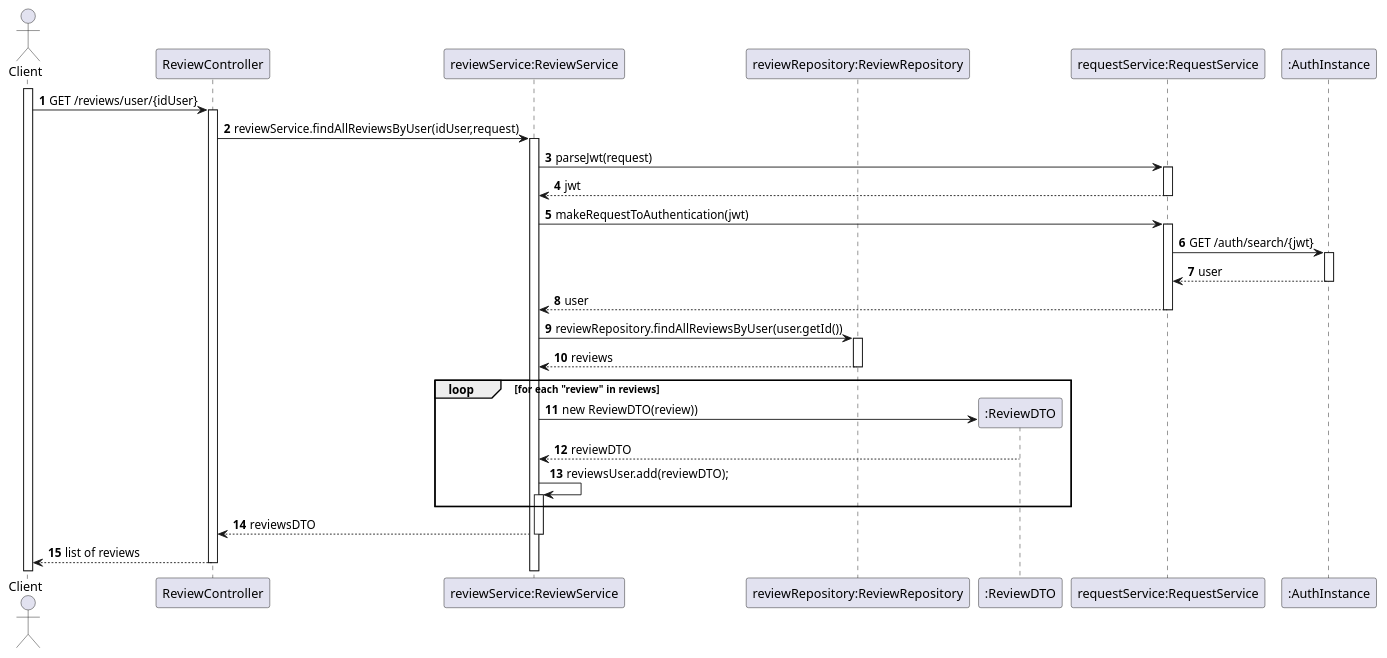
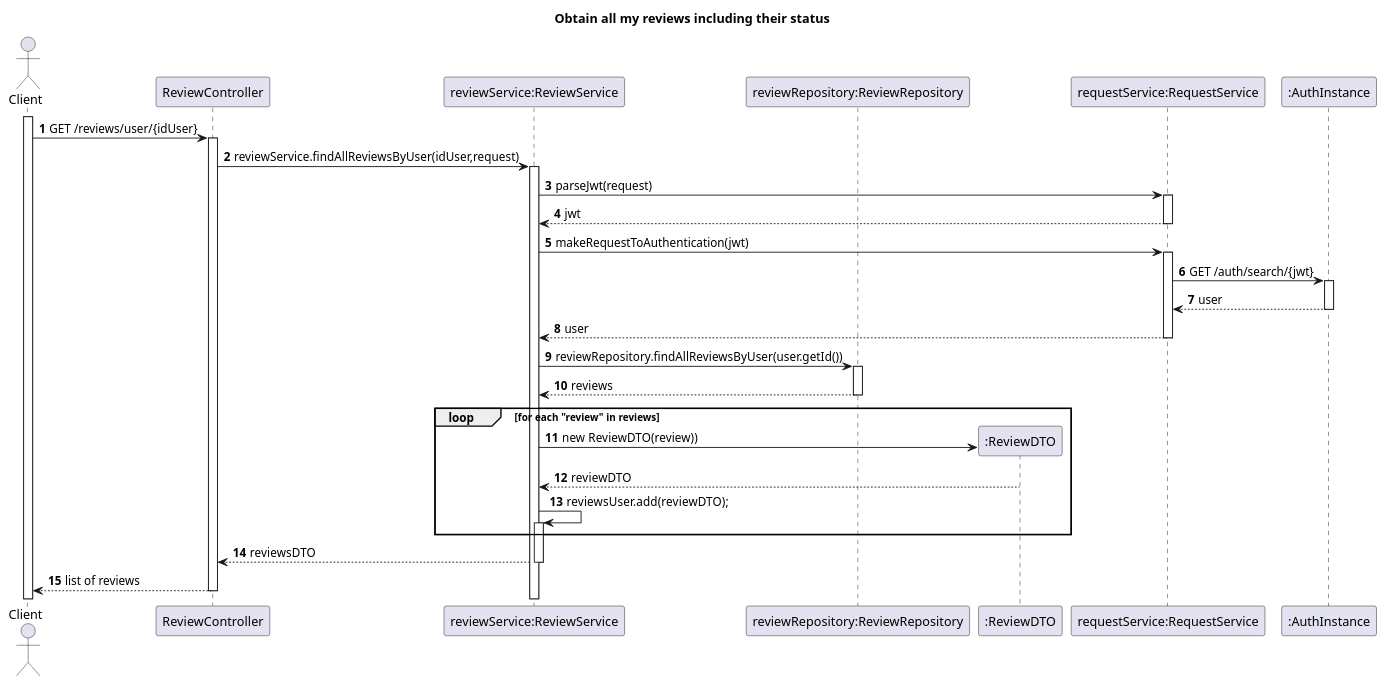
The diagram in Docs/US11-SD.puml (TiagoNora/SIDIS-Docs), drawn with PlantUML before and after one commit. The commit also changed 5 other files, not shown here.

```diff
--- a/Docs/US11-SD.puml
+++ b/Docs/US11-SD.puml
@@ -1,37 +1,37 @@
 @startuml
 'https://plantuml.com/sequence-diagram
 
-
+title Obtain all my reviews including their status
 autoactivate on
 autonumber
 
 actor "Client" as Client
 participant "ReviewController" as Ctrl
 participant "reviewService:ReviewService" as service
 participant "reviewRepository:ReviewRepository" as Repo
 participant ":ReviewDTO" as reviewDTO
 participant "requestService:RequestService" as request
 participant ":AuthInstance" as instanceAuth
 
 activate Client
 
 Client -> Ctrl : GET /reviews/user/{idUser}
 Ctrl -> service : reviewService.findAllReviewsByUser(idUser,request)
 service -> request : parseJwt(request)
 request --> service: jwt
 service -> request: makeRequestToAuthentication(jwt)
 request -> instanceAuth: GET /auth/search/{jwt}
 instanceAuth --> request: user
 request --> service: user
 service -> Repo: reviewRepository.findAllReviewsByUser(user.getId())
 Repo --> service: reviews
 loop for each "review" in reviews
 
     service -> reviewDTO**: new ReviewDTO(review))
     reviewDTO --> service: reviewDTO
     service -> service: reviewsUser.add(reviewDTO);
 end loop
 service --> Ctrl: reviewsDTO
 Ctrl --> Client: list of reviews
 
 @enduml
```
